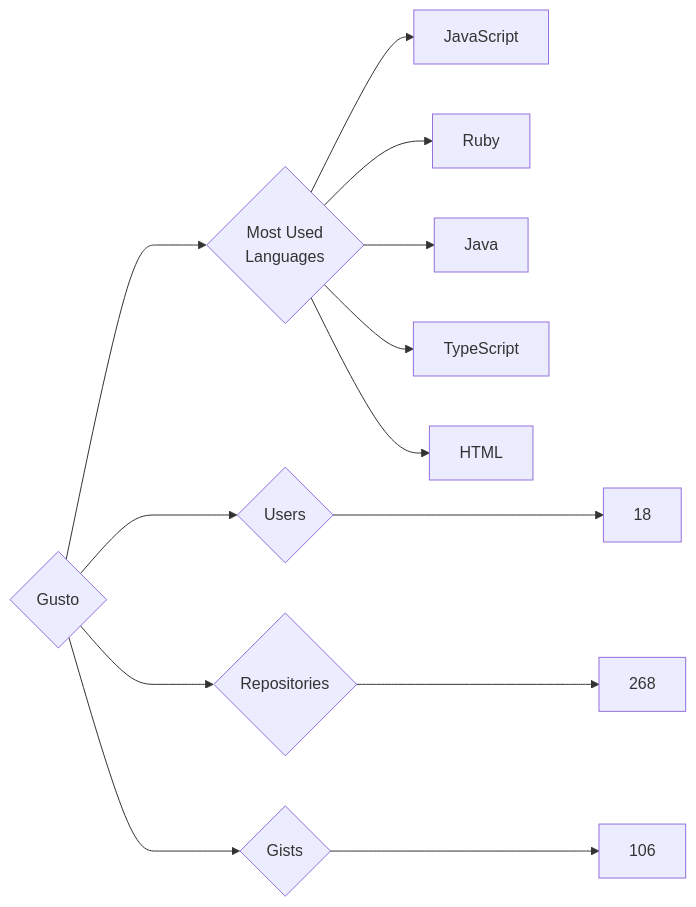
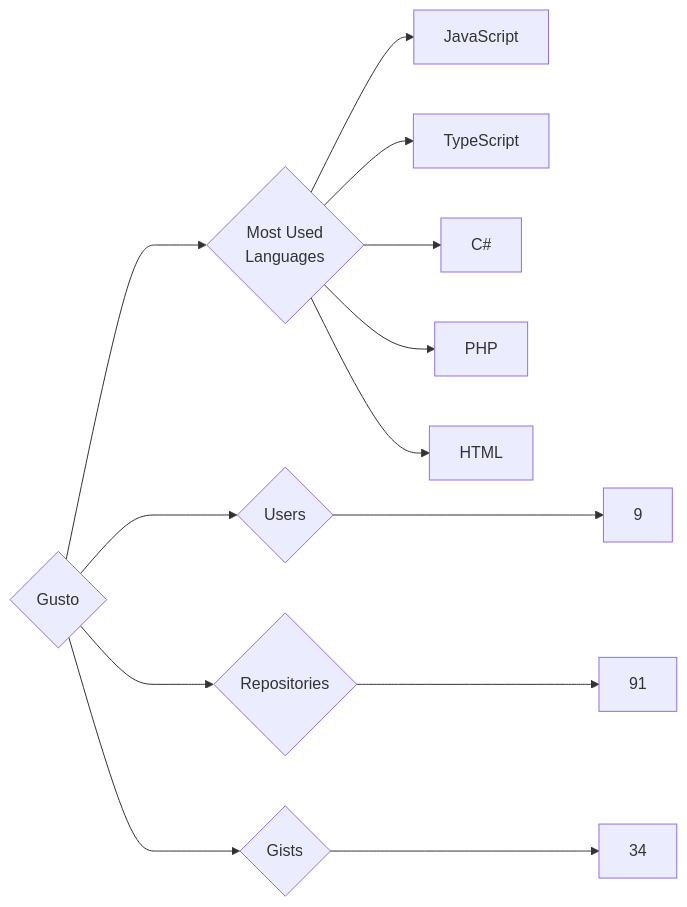
One commit to trickest/insiders changed the diagram in targets/Gusto/README.md. Above: the diagram before and after it, drawn with Mermaid. The commit also changed 872 other files, not shown here.

````diff
--- a/targets/Gusto/README.md
+++ b/targets/Gusto/README.md
@@ -3,13 +3,13 @@
 ```mermaid
 graph LR
 COMPANY_NAME{Gusto}
-COMPANY_NAME ---> U{Users} ---> UN[18]
-COMPANY_NAME ---> R{Repositories} ---> RN[268]
-COMPANY_NAME ---> G{Gists} ---> GN[106]
+COMPANY_NAME ---> U{Users} ---> UN[9]
+COMPANY_NAME ---> R{Repositories} ---> RN[91]
+COMPANY_NAME ---> G{Gists} ---> GN[34]
 COMPANY_NAME ---> ML{Most Used<br>Languages}
 ML --> JavaScript[JavaScript]
-ML --> Ruby[Ruby]
-ML --> Java[Java]
 ML --> TypeScript[TypeScript]
+ML --> C#[C#]
+ML --> PHP[PHP]
 ML --> HTML[HTML]
 ```
````
